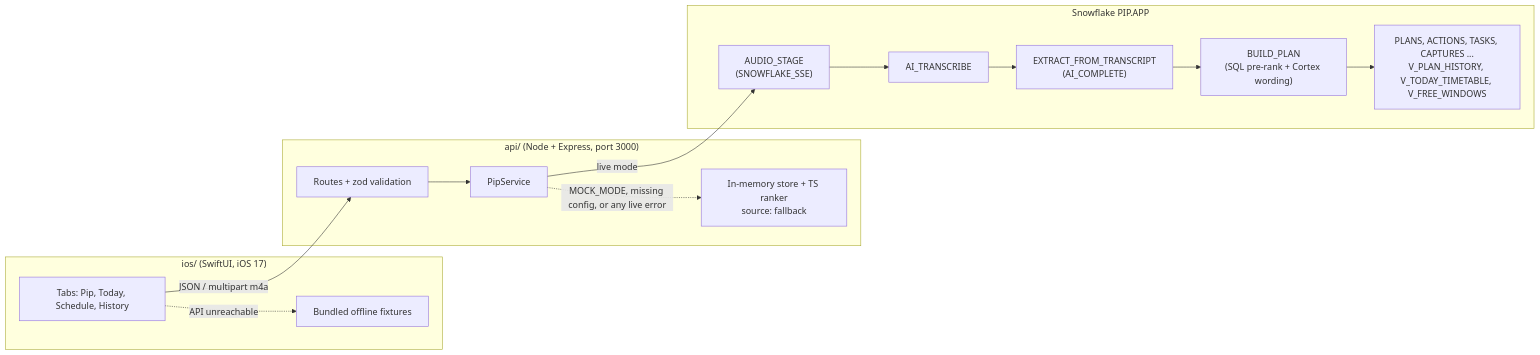
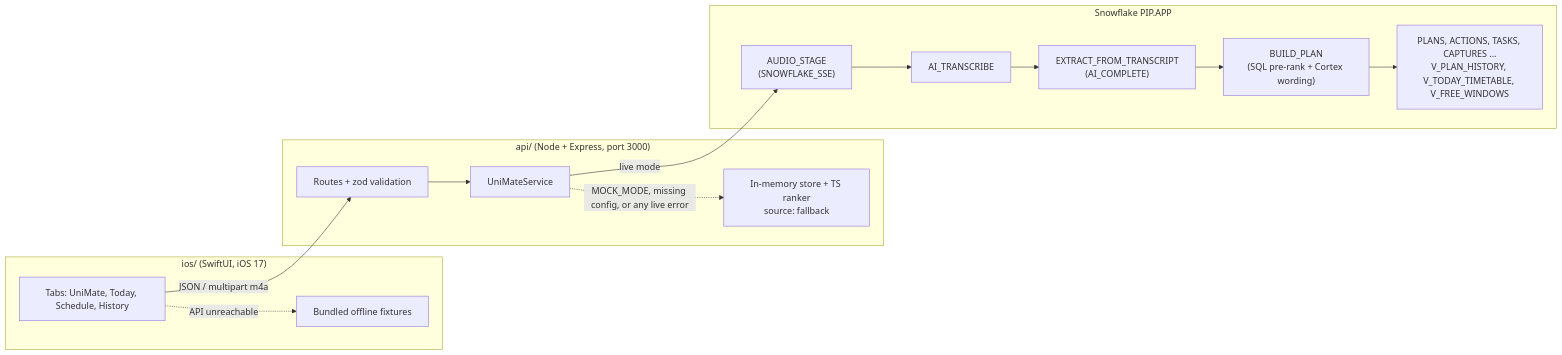
Before and after one commit to rayanali2/pip-pivothacks: the diagram in README.md, drawn with Mermaid. The commit also changed other lines of this file and 62 other files, not shown here.

Commit message:
Rename Pip to UniMate and add ElevenLabs speech

````diff
--- a/README.md
+++ b/README.md
@@ -9,23 +9,23 @@
 ```mermaid
 flowchart LR
   subgraph IOS["ios/ (SwiftUI, iOS 17)"]
-    APP["Tabs: Pip, Today, Schedule, History"]
+    APP["Tabs: UniMate, Today, Schedule, History"]
     FIX["Bundled offline fixtures"]
   end
   subgraph API["api/ (Node + Express, port 3000)"]
     ROUTES["Routes + zod validation"]
-    SVC["PipService"]
+    SVC["UniMateService"]
     MEM["In-memory store + TS ranker<br/>source: fallback"]
   end
   subgraph SF["Snowflake PIP.APP"]
     STAGE["AUDIO_STAGE<br/>(SNOWFLAKE_SSE)"]
     TR["AI_TRANSCRIBE"]
     EX["EXTRACT_FROM_TRANSCRIPT<br/>(AI_COMPLETE)"]
     BP["BUILD_PLAN<br/>(SQL pre-rank + Cortex wording)"]
     TBL["PLANS, ACTIONS, TASKS, CAPTURES ...<br/>V_PLAN_HISTORY, V_TODAY_TIMETABLE, V_FREE_WINDOWS"]
   end
   APP -- "JSON / multipart m4a" --> ROUTES --> SVC
   SVC -- "live mode" --> STAGE --> TR --> EX --> BP --> TBL
   SVC -. "MOCK_MODE, missing config, or any live error" .-> MEM
   APP -. "API unreachable" .-> FIX
 ```
````
